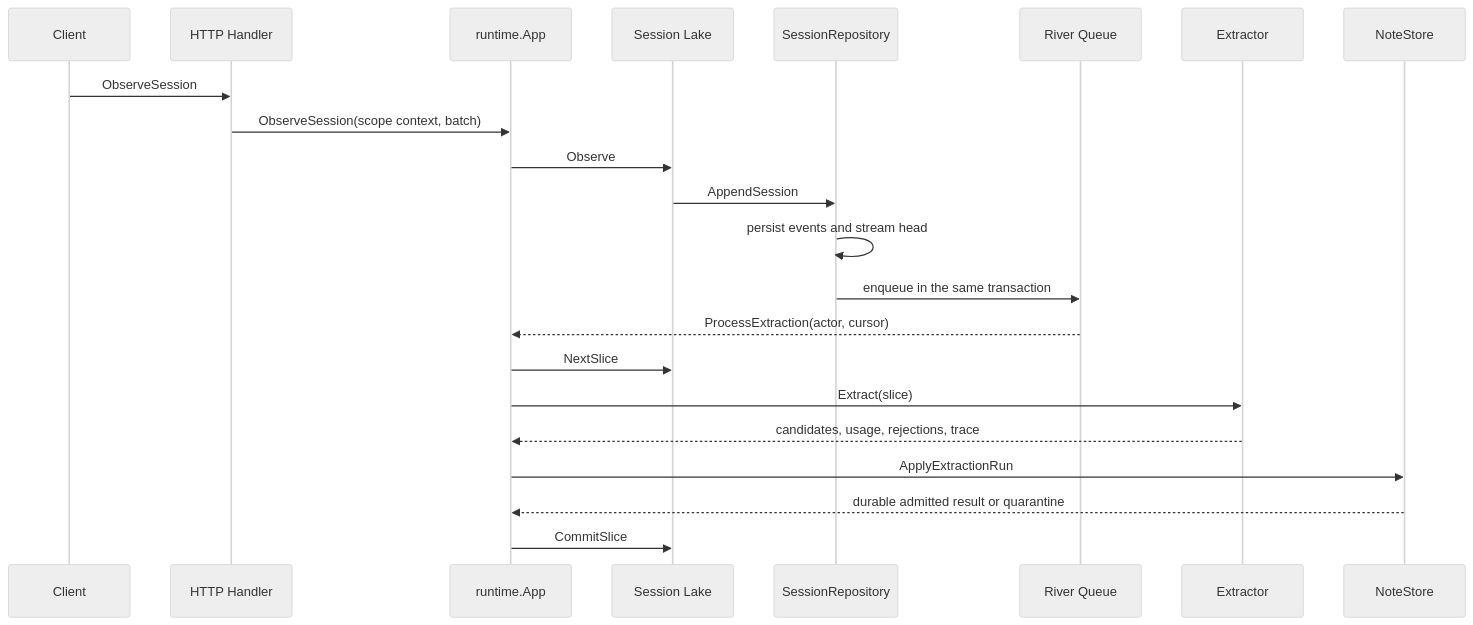
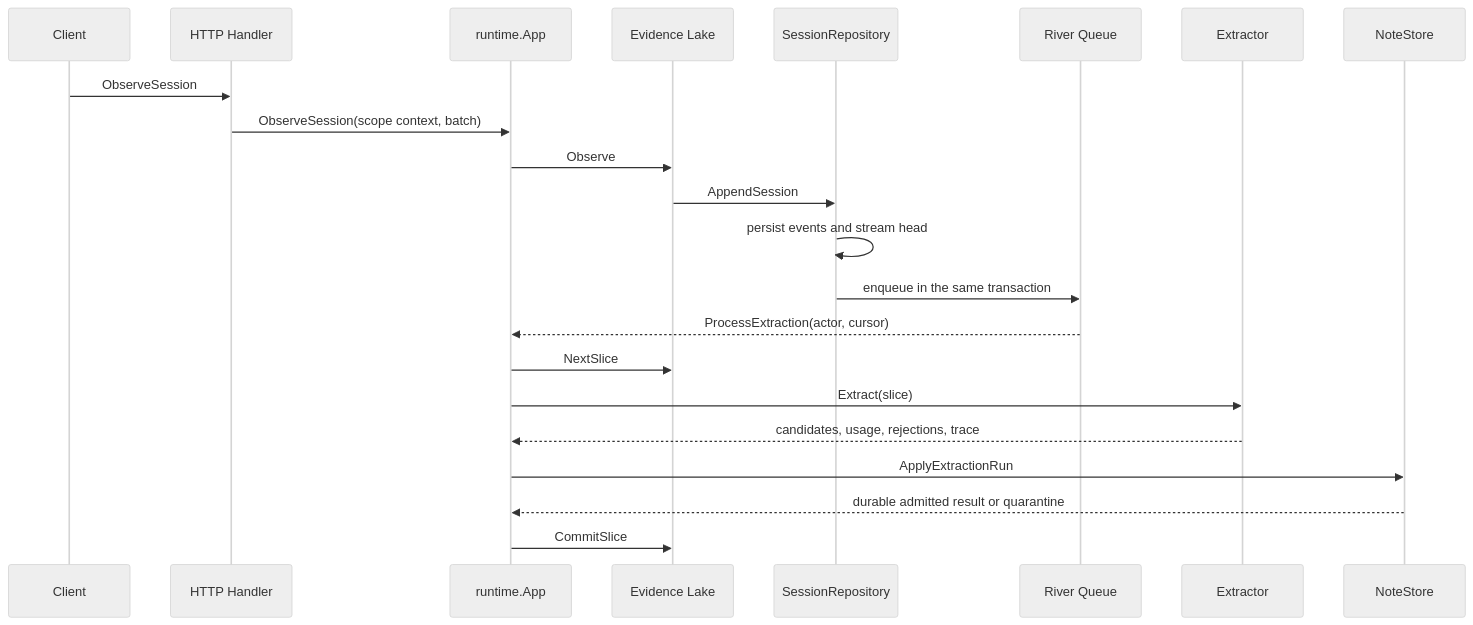
Before and after one commit to pax-beehive/pax-nexus: the second of 3 diagrams in docs/code-architecture.md, drawn with Mermaid (neutral theme). The commit also changed other lines of this file and 27 other files, not shown here.

````diff
--- a/docs/code-architecture.md
+++ b/docs/code-architecture.md
@@ -91,25 +91,25 @@
 ```mermaid
 sequenceDiagram
     participant C as Client
     participant H as HTTP Handler
     participant R as runtime.App
-    participant L as Session Lake
+    participant L as Evidence Lake
     participant S as SessionRepository
     participant Q as River Queue
     participant E as Extractor
     participant N as NoteStore
 
     C->>H: ObserveSession
     H->>R: ObserveSession(scope context, batch)
     R->>L: Observe
     L->>S: AppendSession
     S->>S: persist events and stream head
     S->>Q: enqueue in the same transaction
     Q-->>R: ProcessExtraction(actor, cursor)
     R->>L: NextSlice
     R->>E: Extract(slice)
     E-->>R: candidates, usage, rejections, trace
     R->>N: ApplyExtractionRun
     N-->>R: durable admitted result or quarantine
     R->>L: CommitSlice
 ```
````
